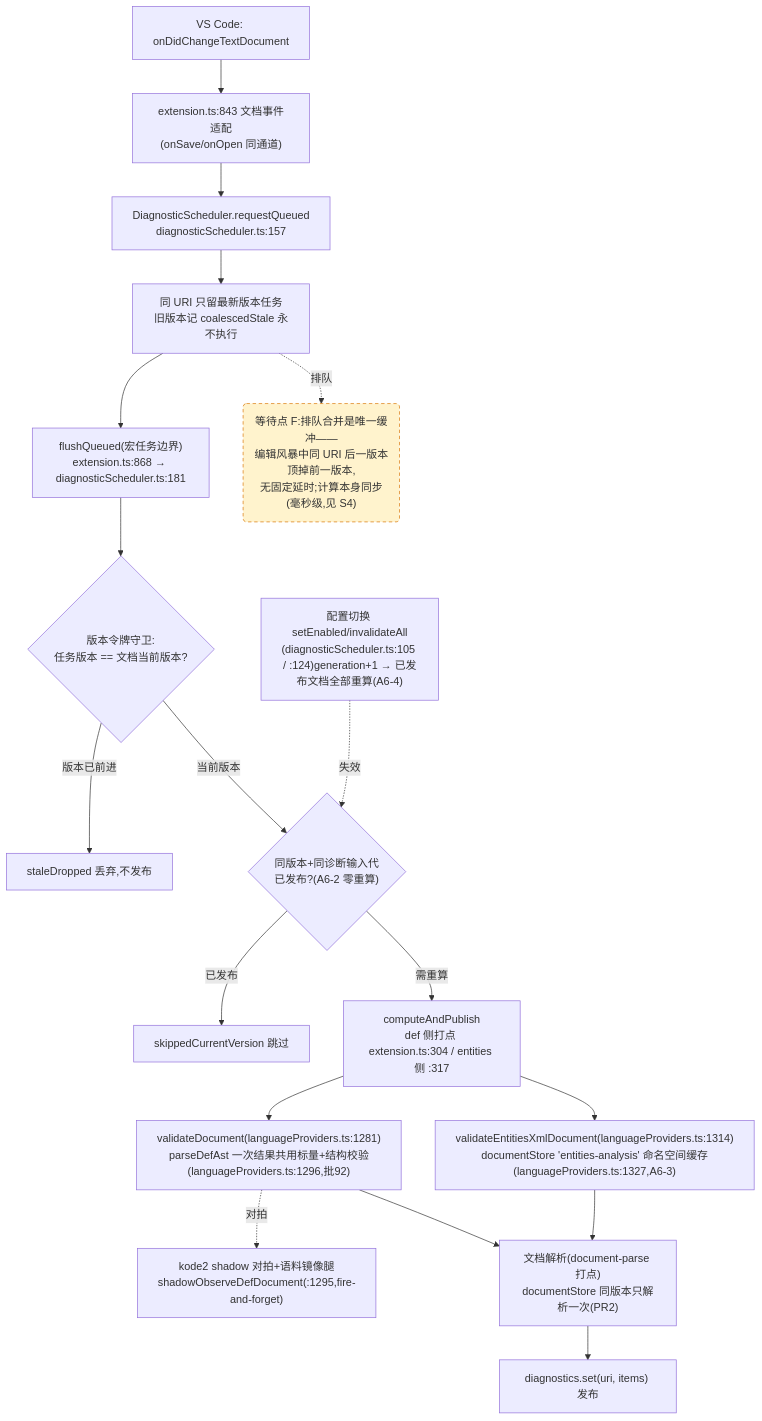
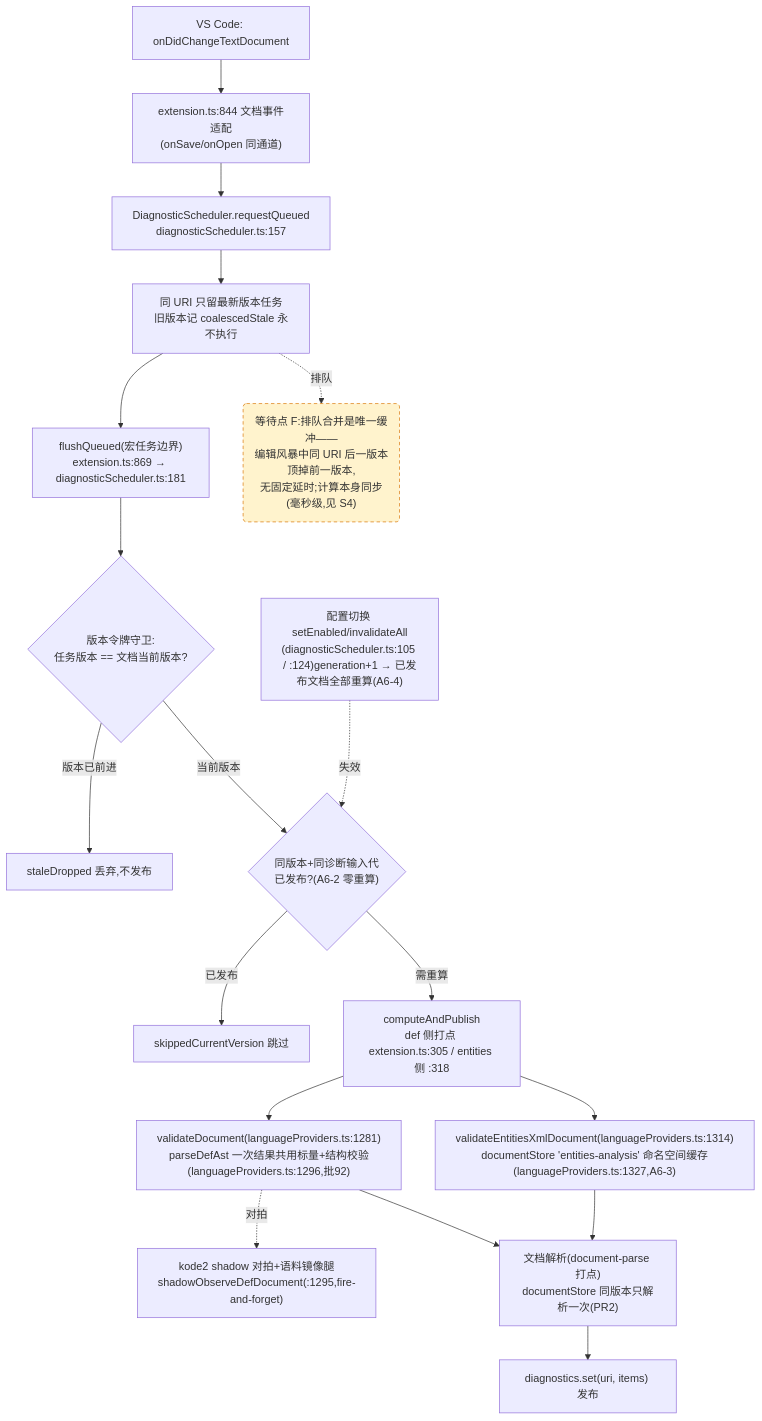
The fourth of 4 diagrams in docs/perf/2026-baseline.md (cuihairu/kode), drawn with Mermaid before and after one commit. The commit also changed other lines of this file and 6 other files, not shown here.

````diff
--- a/docs/perf/2026-baseline.md
+++ b/docs/perf/2026-baseline.md
@@ -214,38 +214,38 @@
 ```mermaid
 flowchart TD
   CHG["VS Code: onDidChangeTextDocument"]
-  WATCH["extension.ts:843 文档事件适配<br/>(onSave/onOpen 同通道)"]
+  WATCH["extension.ts:844 文档事件适配<br/>(onSave/onOpen 同通道)"]
   RQ["DiagnosticScheduler.requestQueued<br/>diagnosticScheduler.ts:157"]
   CO["同 URI 只留最新版本任务<br/>旧版本记 coalescedStale 永不执行"]
-  FL["flushQueued(宏任务边界)<br/>extension.ts:868 → diagnosticScheduler.ts:181"]
+  FL["flushQueued(宏任务边界)<br/>extension.ts:869 → diagnosticScheduler.ts:181"]
   VG{"版本令牌守卫:<br/>任务版本 == 文档当前版本?"}
   DROP["staleDropped 丢弃,不发布"]
   GEN{"同版本+同诊断输入代<br/>已发布?(A6-2 零重算)"}
   SKIP["skippedCurrentVersion 跳过"]
-  CALC["computeAndPublish<br/>def 侧打点 extension.ts:304 / entities 侧 :317"]
+  CALC["computeAndPublish<br/>def 侧打点 extension.ts:305 / entities 侧 :318"]
   VD["validateDocument(languageProviders.ts:1281)<br/>parseDefAst 一次结果共用标量+结构校验(languageProviders.ts:1296,批92)"]
   VEX["validateEntitiesXmlDocument(languageProviders.ts:1314)<br/>documentStore 'entities-analysis' 命名空间缓存(languageProviders.ts:1327,A6-3)"]
   SHDD["kode2 shadow 对拍+语料镜像腿<br/>shadowObserveDefDocument(:1295,fire-and-forget)"]
   DS["文档解析(document-parse 打点)<br/>documentStore 同版本只解析一次(PR2)"]
   PUB["diagnostics.set(uri, items) 发布"]
   CFG2["配置切换 setEnabled/invalidateAll<br/>(diagnosticScheduler.ts:105 / :124)generation+1 → 已发布文档全部重算(A6-4)"]
 
   CHG --> WATCH --> RQ --> CO --> FL --> VG
   VG -- "版本已前进" --> DROP
   VG -- "当前版本" --> GEN
   GEN -- "已发布" --> SKIP
   GEN -- "需重算" --> CALC
   CALC --> VD
   CALC --> VEX
   VD --> DS
   VEX --> DS
   DS --> PUB
   VD -.->|对拍| SHDD
   CFG2 -.->|失效| GEN
 
   WAITF("等待点 F:排队合并是唯一缓冲——<br/>编辑风暴中同 URI 后一版本顶掉前一版本,<br/>无固定延时;计算本身同步(毫秒级,见 S4)")
   CO -.->|排队| WAITF
 
   classDef waitPoint fill:#fff3cd,stroke:#d97706,stroke-dasharray:5 4;
   class WAITF waitPoint;
 ```
````
